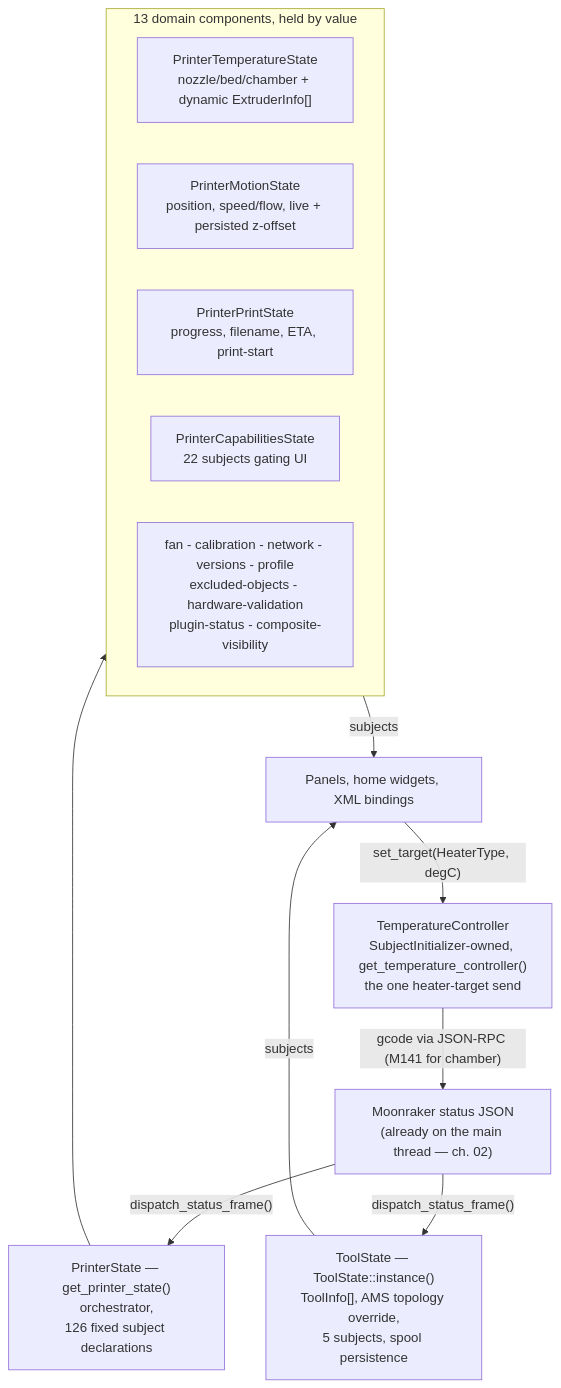
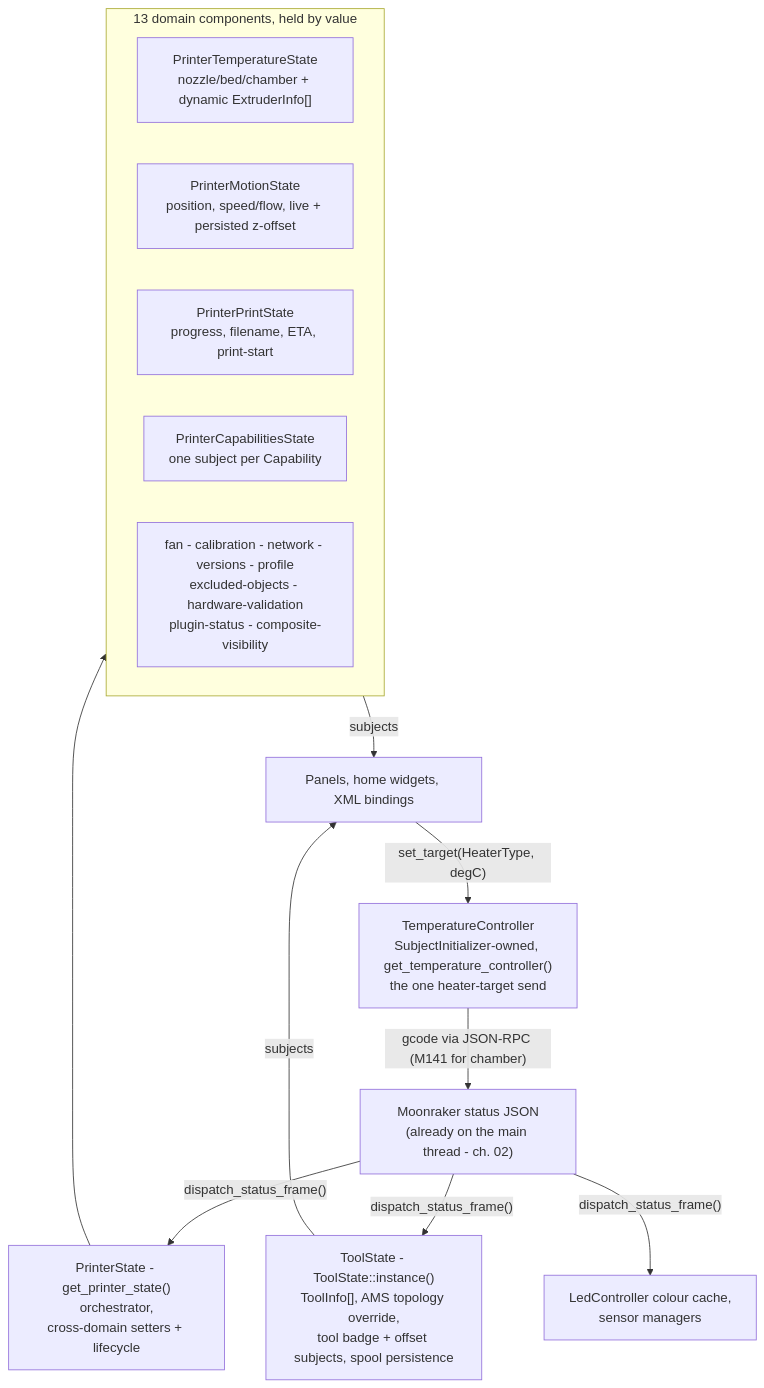
The diagram in docs/devel/architecture/05-printer-state.md (jrlomas/helixscreen), drawn with Mermaid before and after one commit. The commit also changed other lines of this file and 90 other files, not shown here.

First line of the commit message:
docs(devel): refresh the architecture guide against the code, add an ESP32 firmware chapter, move printer-specific docs under printers/ and printer-research/, retire shipped plans

````diff
--- a/docs/devel/architecture/05-printer-state.md
+++ b/docs/devel/architecture/05-printer-state.md
@@ -7,26 +7,27 @@
 ```mermaid
 flowchart TB
-    MR["Moonraker status JSON<br/>(already on the main thread — ch. 02)"]
+    MR["Moonraker status JSON<br/>(already on the main thread - ch. 02)"]
     UI["Panels, home widgets, XML bindings"]
 
-    PS["PrinterState — get_printer_state()<br/>orchestrator,<br/>126 fixed subject declarations"]
+    PS["PrinterState - get_printer_state()<br/>orchestrator,<br/>cross-domain setters + lifecycle"]
 
     subgraph DOM["13 domain components, held by value"]
         D1["PrinterTemperatureState<br/>nozzle/bed/chamber + dynamic ExtruderInfo[]"]
         D2["PrinterMotionState<br/>position, speed/flow, live + persisted z-offset"]
         D3["PrinterPrintState<br/>progress, filename, ETA, print-start"]
-        D4["PrinterCapabilitiesState<br/>22 subjects gating UI"]
+        D4["PrinterCapabilitiesState<br/>one subject per Capability"]
         D5["fan - calibration - network - versions - profile<br/>excluded-objects - hardware-validation<br/>plugin-status - composite-visibility"]
     end
 
-    TS["ToolState — ToolState::instance()<br/>ToolInfo[], AMS topology override,<br/>5 subjects, spool persistence"]
+    TS["ToolState - ToolState::instance()<br/>ToolInfo[], AMS topology override,<br/>tool badge + offset subjects, spool persistence"]
     TC["TemperatureController<br/>SubjectInitializer-owned, get_temperature_controller()<br/>the one heater-target send"]
 
     MR -->|"dispatch_status_frame()"| PS
     PS --> DOM
     MR -->|"dispatch_status_frame()"| TS
+    MR -->|"dispatch_status_frame()"| OTH["LedController colour cache,<br/>sensor managers"]
     DOM -->|"subjects"| UI
     TS -->|"subjects"| UI
     UI -->|"set_target(HeaterType, degC)"| TC
     TC -->|"gcode via JSON-RPC (M141 for chamber)"| MR
 ```
````
